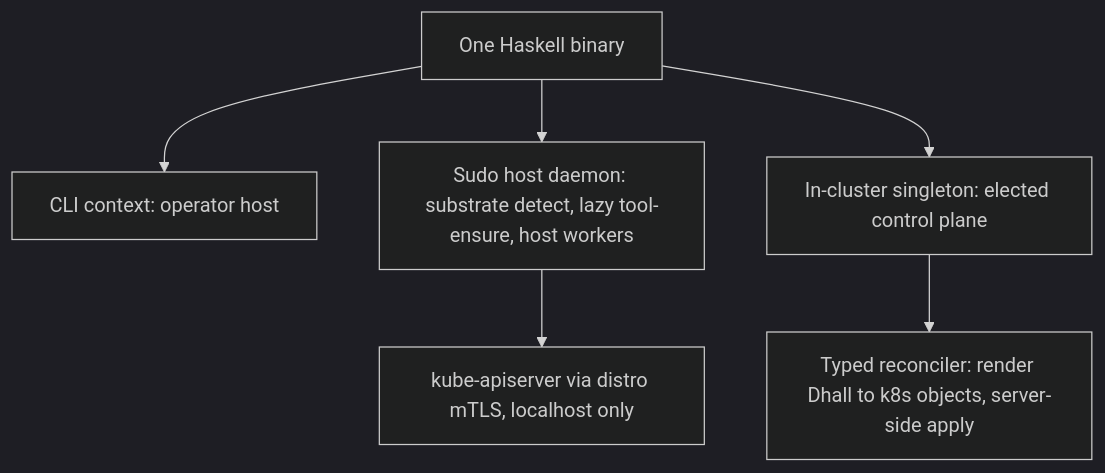
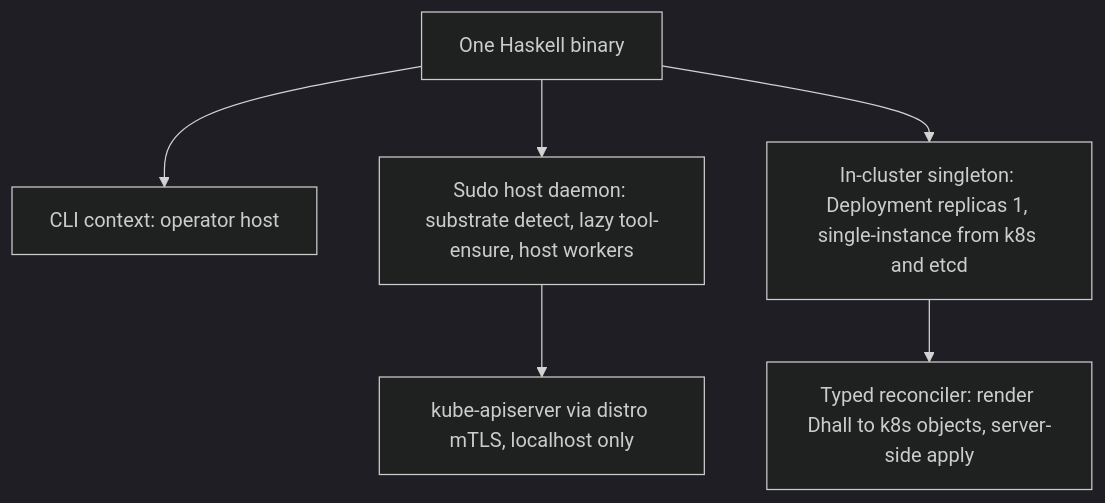
One commit to Tuee22/amoebius changed the diagram in DEVELOPMENT_PLAN/overview.md. Above: the diagram before and after it, drawn with Mermaid (dark theme). The commit also changed other lines of this file and 101 other files, not shown here.

````diff
--- a/DEVELOPMENT_PLAN/overview.md
+++ b/DEVELOPMENT_PLAN/overview.md
@@ -44,8 +44,8 @@
 ```mermaid
 flowchart TD
   src[One Haskell binary] --> cli[CLI context: operator host]
   src --> host[Sudo host daemon: substrate detect, lazy tool-ensure, host workers]
-  src --> pod[In-cluster singleton: elected control plane]
+  src --> pod[In-cluster singleton: Deployment replicas 1, single-instance from k8s and etcd]
   host --> kube[kube-apiserver via distro mTLS, localhost only]
   pod --> recon[Typed reconciler: render Dhall to k8s objects, server-side apply]
 ```
````
